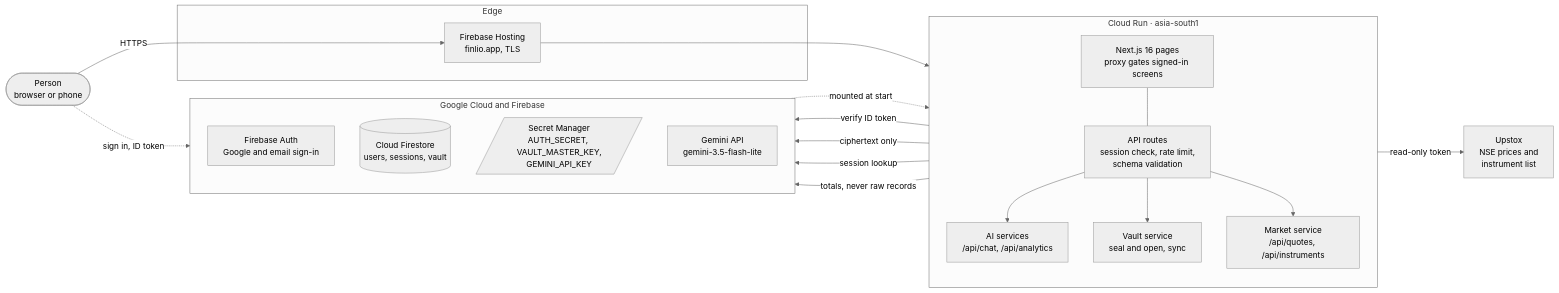
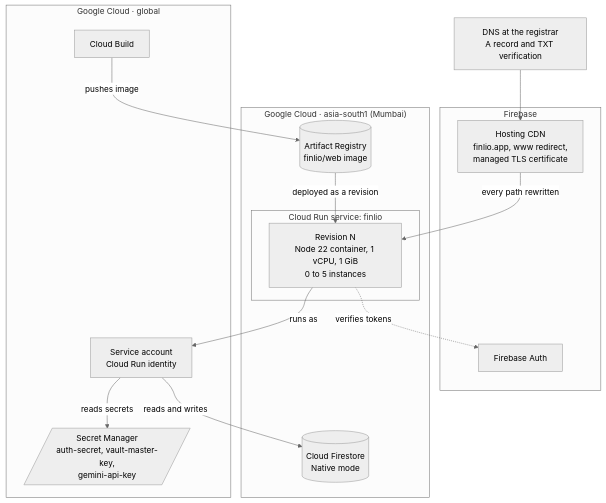
The second of 13 diagrams in README.md (Gokulakrishnxn/Finlioo), drawn with Mermaid (neutral theme) before and after one commit. The commit also changed other lines of this file, not shown here.

First line of the commit message:
docs: expand the README into a full system architecture

````diff
--- a/README.md
+++ b/README.md
@@ -29,40 +86,32 @@
 ```mermaid
-flowchart LR
-    Person(["Person<br/>browser or phone"])
+flowchart TB
+    DNS["DNS at the registrar<br/>A record and TXT verification"]
 
-    subgraph Edge["Edge"]
-        Hosting["Firebase Hosting<br/>finlio.app, TLS"]
+    subgraph Firebase["Firebase"]
+        Hosting["Hosting CDN<br/>finlio.app, www redirect,<br/>managed TLS certificate"]
+        FAuth["Firebase Auth"]
     end
 
-    subgraph Run["Cloud Run · asia-south1"]
-        direction TB
-        Pages["Next.js 16 pages<br/>proxy gates signed-in screens"]
-        API["API routes<br/>session check, rate limit,<br/>schema validation"]
-        AIsvc["AI services<br/>/api/chat, /api/analytics"]
-        Vault["Vault service<br/>seal and open, sync"]
-        Market["Market service<br/>/api/quotes, /api/instruments"]
-        Pages --- API
-        API --> AIsvc
-        API --> Vault
-        API --> Market
+    subgraph Region["Google Cloud · asia-south1 (Mumbai)"]
+        subgraph Run["Cloud Run service: finlio"]
+            Rev["Revision N<br/>Node 22 container, 1 vCPU, 1 GiB<br/>0 to 5 instances"]
+        end
+        Store[("Cloud Firestore<br/>Native mode")]
+        Registry[("Artifact Registry<br/>finlio/web image")]
     end
 
-    subgraph Google["Google Cloud and Firebase"]
-        direction TB
-        Auth["Firebase Auth<br/>Google and email sign-in"]
-        Store[("Cloud Firestore<br/>users, sessions, vault")]
-        Secrets[/"Secret Manager<br/>AUTH_SECRET, VAULT_MASTER_KEY,<br/>GEMINI_API_KEY"/]
-        Gemini["Gemini API<br/>gemini-3.5-flash-lite"]
+    subgraph Global["Google Cloud · global"]
+        Secrets[/"Secret Manager<br/>auth-secret, vault-master-key,<br/>gemini-api-key"/]
+        SA["Service account<br/>Cloud Run identity"]
+        Build["Cloud Build"]
     end
 
-    Upstox["Upstox<br/>NSE prices and<br/>instrument list"]
-
-    Person -- "HTTPS" --> Hosting --> Pages
-    Person -. "sign in, ID token" .-> Auth
-    API -- "verify ID token" --> Auth
-    Vault -- "ciphertext only" --> Store
-    API -- "session lookup" --> Store
-    Secrets -. "mounted at start" .-> Run
-    AIsvc -- "totals, never raw records" --> Gemini
-    Market -- "read-only token" --> Upstox
+    DNS --> Hosting
+    Hosting -- "every path rewritten" --> Rev
+    Rev -- "runs as" --> SA
+    SA -- "reads secrets" --> Secrets
+    SA -- "reads and writes" --> Store
+    Build -- "pushes image" --> Registry
+    Registry -- "deployed as a revision" --> Rev
+    Rev -. "verifies tokens" .-> FAuth
 ```
````
